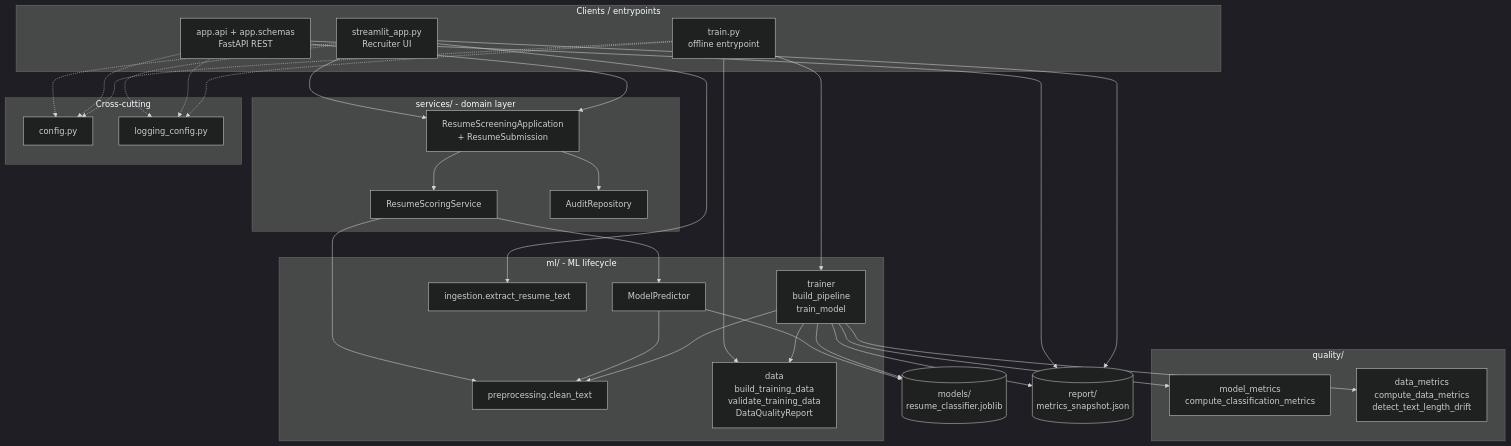
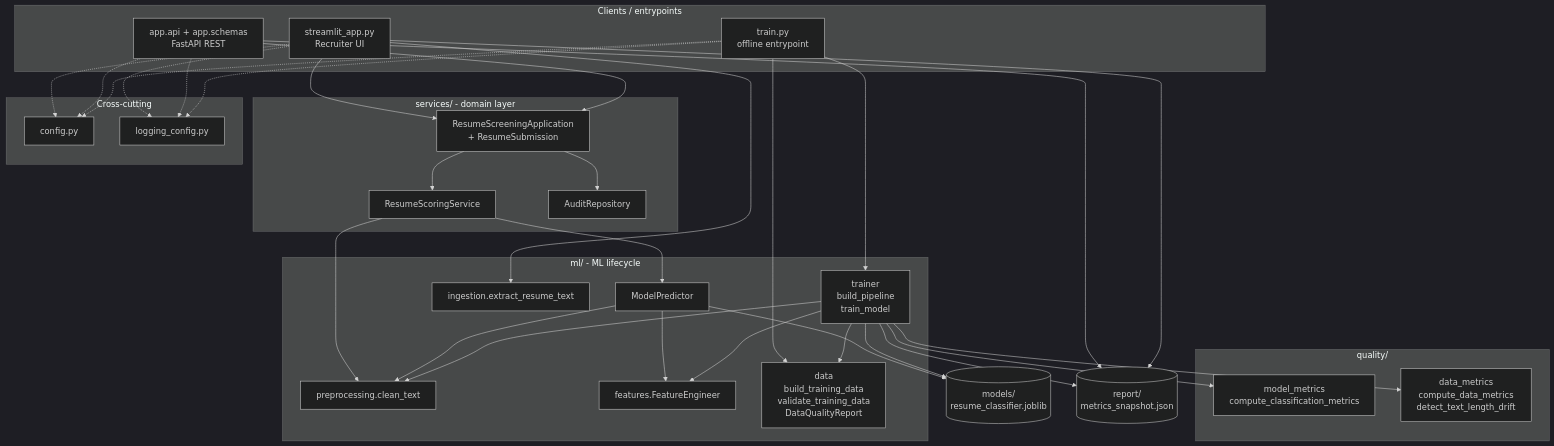
One commit to pratapwagle/SEML_Assignment2_ResumeGrader changed the second of 8 diagrams in architecture.md. Above: the diagram before and after it, drawn with Mermaid (dark theme). The commit also changed other lines of this file and 35 other files, not shown here.

Commit message:
Add FeatureEngineer, Docker, tests, and refreshed report evidence.

````diff
--- a/architecture.md
+++ b/architecture.md
@@ -118,61 +119,64 @@
 ```mermaid
 flowchart TB
  subgraph Clients["Clients / entrypoints"]
  UI["streamlit_app.py<br/>Recruiter UI"]
  API["app.api + app.schemas<br/>FastAPI REST"]
  TRAIN_CLI["train.py<br/>offline entrypoint"]
  end
 
  subgraph Domain["services/ - domain layer"]
  APP["ResumeScreeningApplication<br/>+ ResumeSubmission"]
  SCORE["ResumeScoringService"]
  AUDIT["AuditRepository"]
  end
 
  subgraph ML["ml/ - ML lifecycle"]
  PRE["preprocessing.clean_text"]
+ FE["features.FeatureEngineer"]
  PRED["ModelPredictor"]
  ING["ingestion.extract_resume_text"]
  DATA["data<br/>build_training_data<br/>validate_training_data<br/>DataQualityReport"]
  TRAIN["trainer<br/>build_pipeline<br/>train_model"]
  end
 
  subgraph Quality["quality/"]
  MQ["model_metrics<br/>compute_classification_metrics"]
  DQ["data_metrics<br/>compute_data_metrics<br/>detect_text_length_drift"]
  end
 
  subgraph CrossCutting["Cross-cutting"]
  CFG["config.py"]
  LOG["logging_config.py"]
  end
 
  ART[("models/<br/>resume_classifier.joblib")]
  MET[("report/<br/>metrics_snapshot.json")]
 
  UI --> APP
  API --> APP
  UI --> ING
  APP --> SCORE
  APP --> AUDIT
  SCORE --> PRED
  SCORE --> PRE
  PRED --> PRE
+ PRED --> FE
  PRED --> ART
  API --> MET
  UI --> MET
  TRAIN_CLI --> DATA
  TRAIN_CLI --> TRAIN
  TRAIN --> DATA
  TRAIN --> PRE
+ TRAIN --> FE
  TRAIN --> MQ
  TRAIN --> DQ
  TRAIN --> ART
  TRAIN --> MET
  UI -.-> CFG
  API -.-> CFG
  TRAIN_CLI -.-> CFG
  UI -.-> LOG
  API -.-> LOG
  TRAIN_CLI -.-> LOG
 ```
````
